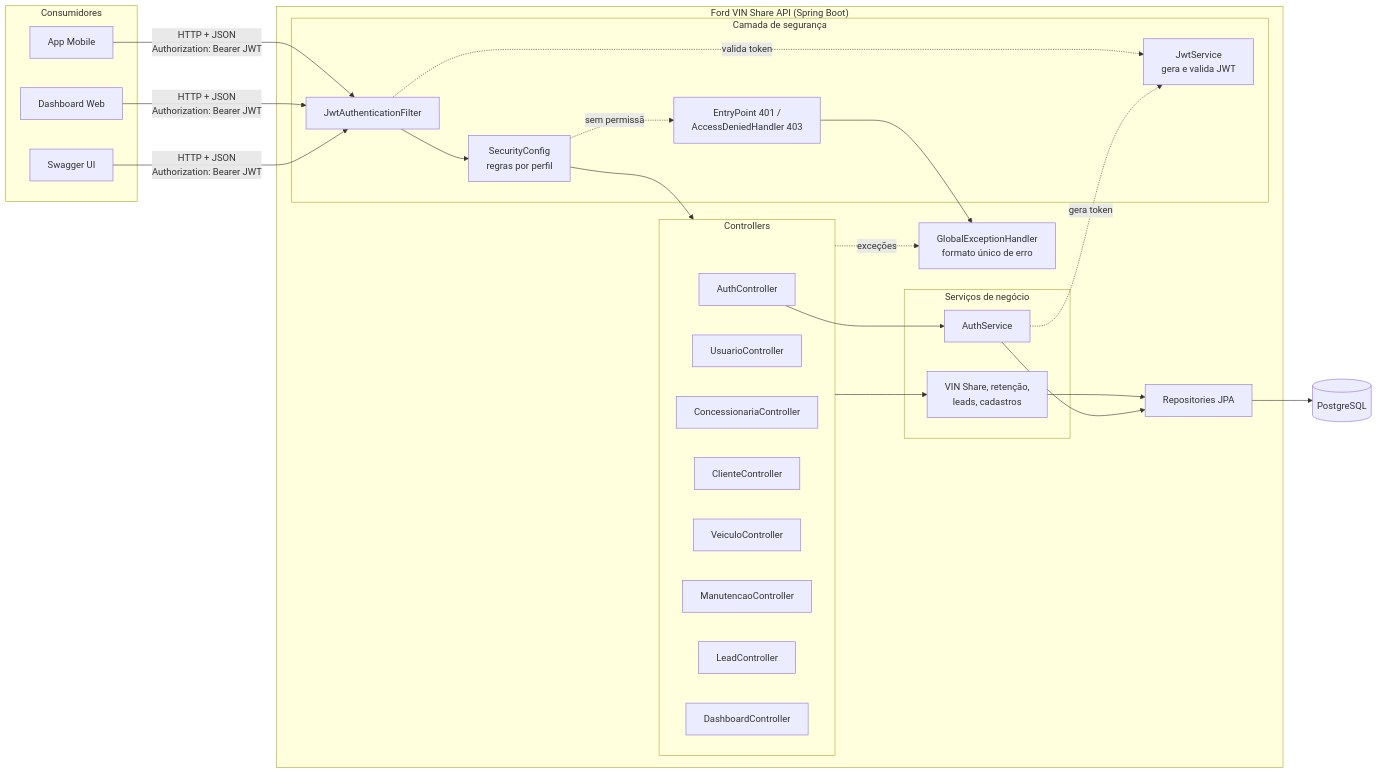
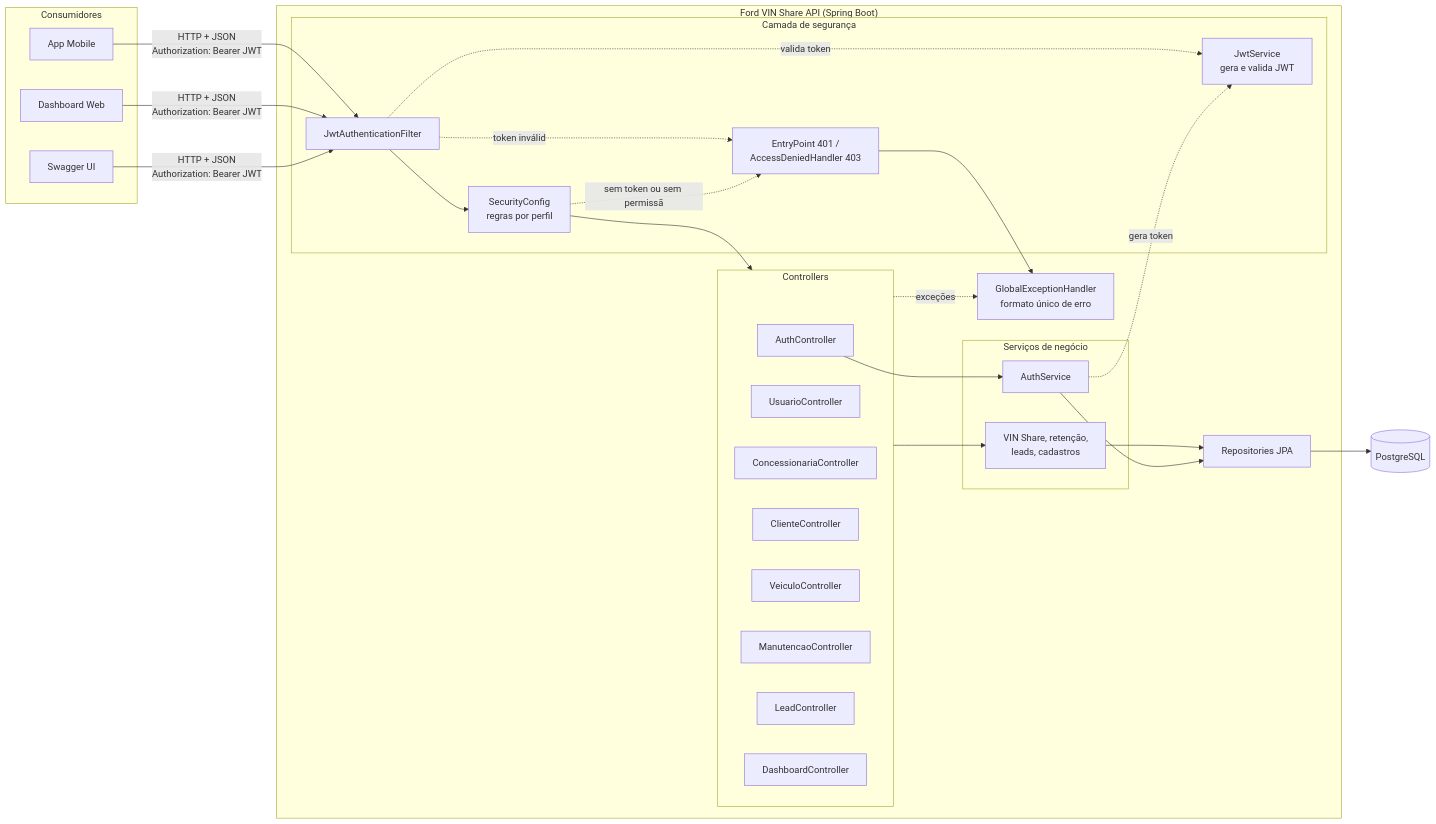
Before and after one commit to CezarBacanieski/challenge-java-soa: the first of 3 diagrams in README.md, drawn with Mermaid. The commit also changed other lines of this file, not shown here.

First line of the commit message:
docs: corrige diagramas conforme o código

````diff
--- a/README.md
+++ b/README.md
@@ -151,46 +151,47 @@
 ```mermaid
 flowchart LR
     subgraph Consumidores
         APP[App Mobile]
         DASH[Dashboard Web]
         SW[Swagger UI]
     end
 
     subgraph API["Ford VIN Share API (Spring Boot)"]
         subgraph Seguranca["Camada de segurança"]
             F[JwtAuthenticationFilter]
             SC[SecurityConfig<br/>regras por perfil]
             JS[JwtService<br/>gera e valida JWT]
             H[EntryPoint 401 /<br/>AccessDeniedHandler 403]
         end
         subgraph Controllers
             AC[AuthController]
             UC[UsuarioController]
             CC[ConcessionariaController]
             CLC[ClienteController]
             VC[VeiculoController]
             MC[ManutencaoController]
             LC[LeadController]
             DC[DashboardController]
         end
         subgraph Services["Serviços de negócio"]
             AS[AuthService]
             NS[VIN Share, retenção,<br/>leads, cadastros]
         end
         R[Repositories JPA]
         EH[GlobalExceptionHandler<br/>formato único de erro]
     end
 
     DB[(PostgreSQL)]
 
     APP & DASH & SW -->|HTTP + JSON<br/>Authorization: Bearer JWT| F
     F -.valida token.-> JS
     F --> SC --> Controllers
-    SC -.sem permissão.-> H
+    F -.token inválido.-> H
+    SC -.sem token ou sem permissão.-> H
     H --> EH
     AC --> AS
     AS -.gera token.-> JS
     Controllers --> NS --> R --> DB
     AS --> R
     Controllers -.exceções.-> EH
 ```
````
